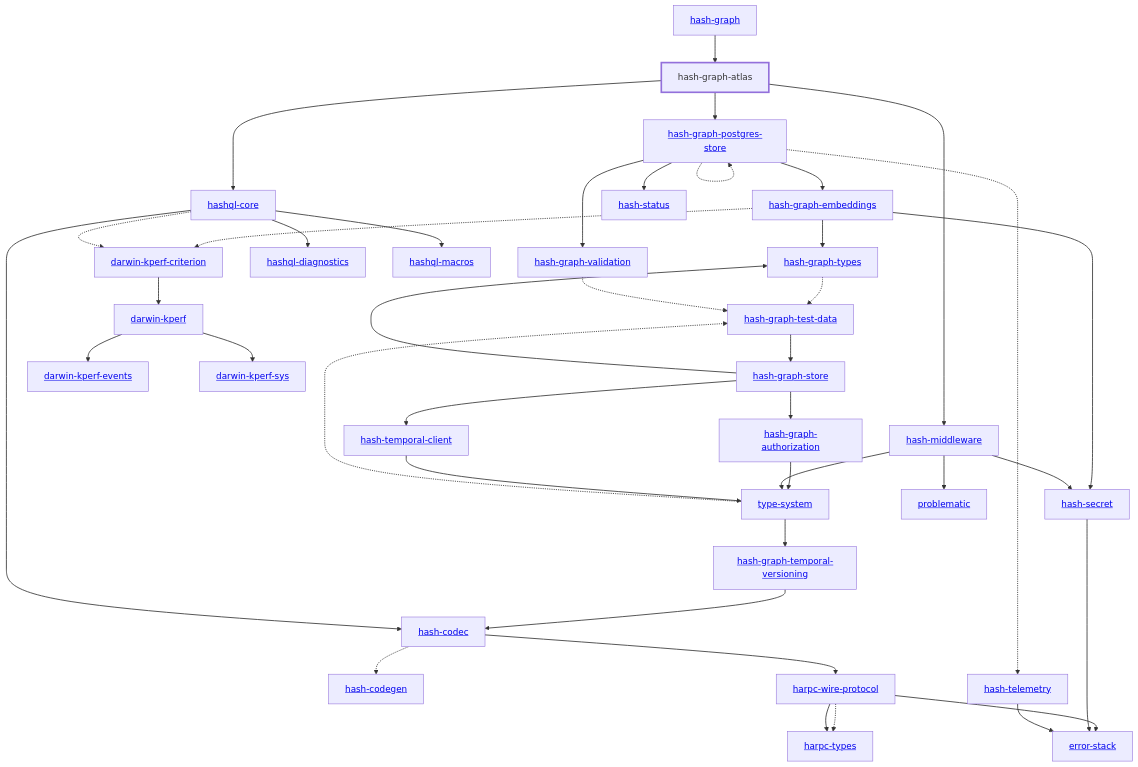
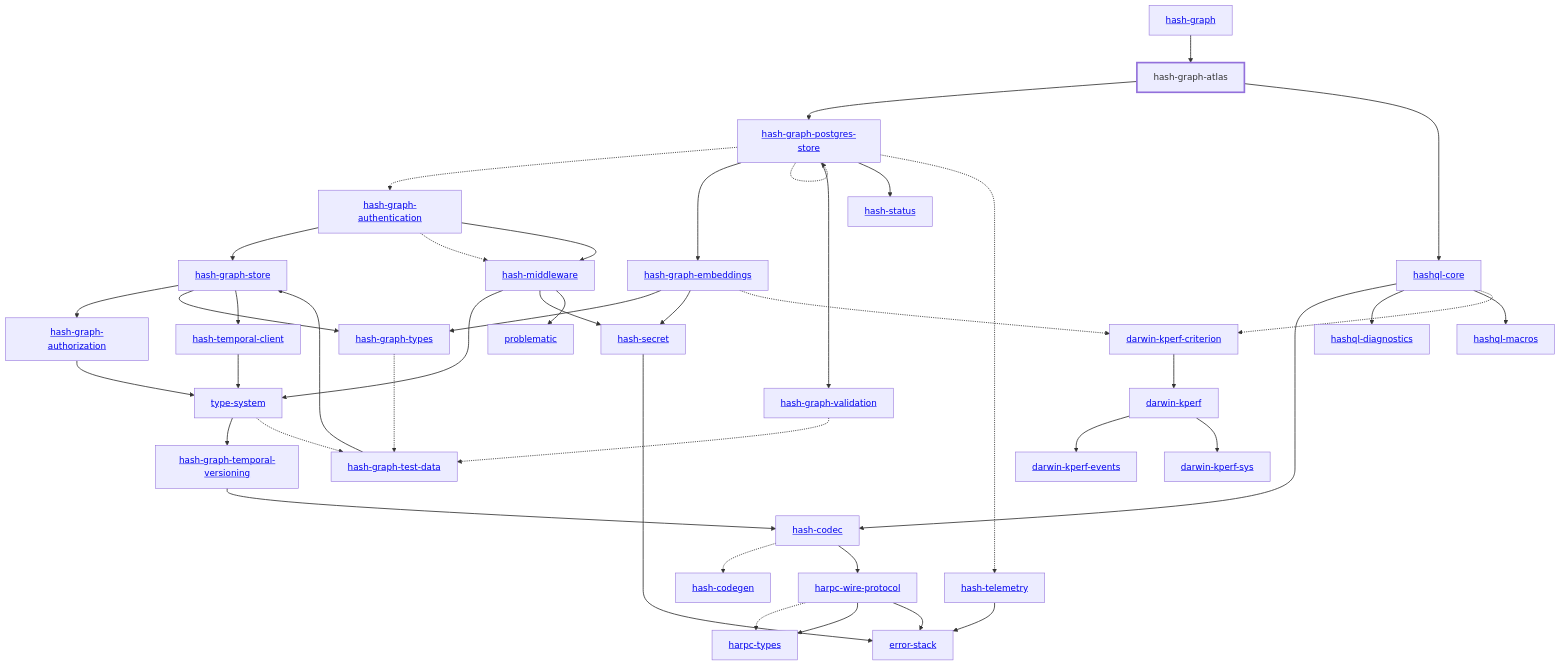
The diagram in libs/@local/graph/atlas/docs/dependency-diagram.mmd (hashintel/hash), drawn with Mermaid before and after one commit. The commit also changed 47 other files, not shown here.

Commit message:
Authenticate public Graph API requests with API tokens

```diff
--- a/libs/@local/graph/atlas/docs/dependency-diagram.mmd
+++ b/libs/@local/graph/atlas/docs/dependency-diagram.mmd
@@ -1,80 +1,84 @@
 graph TD
     linkStyle default stroke-width:1.5px
     classDef default stroke-width:1px
     classDef root stroke-width:3px
     classDef dev stroke-width:1px
     classDef build stroke-width:1px
     %% Legend
     %% --> : Normal dependency
     %% -.-> : Dev dependency
     %% ---> : Build dependency
     0[<a href="../hash_graph/index.html">hash-graph</a>]
     1[<a href="../type_system/index.html">type-system</a>]
     2[<a href="../hash_codec/index.html">hash-codec</a>]
     3[<a href="../hash_codegen/index.html">hash-codegen</a>]
     4[hash-graph-atlas]
     class 4 root
-    5[<a href="../hash_graph_authorization/index.html">hash-graph-authorization</a>]
-    6[<a href="../hash_graph_embeddings/index.html">hash-graph-embeddings</a>]
-    7[<a href="../hash_graph_postgres_store/index.html">hash-graph-postgres-store</a>]
-    8[<a href="../hash_graph_store/index.html">hash-graph-store</a>]
-    9[<a href="../hash_graph_temporal_versioning/index.html">hash-graph-temporal-versioning</a>]
-    10[<a href="../hash_graph_types/index.html">hash-graph-types</a>]
-    11[<a href="../hash_graph_validation/index.html">hash-graph-validation</a>]
-    12[<a href="../harpc_types/index.html">harpc-types</a>]
-    13[<a href="../harpc_wire_protocol/index.html">harpc-wire-protocol</a>]
-    14[<a href="../hashql_core/index.html">hashql-core</a>]
-    15[<a href="../hashql_diagnostics/index.html">hashql-diagnostics</a>]
-    16[<a href="../hashql_macros/index.html">hashql-macros</a>]
-    17[<a href="../hash_middleware/index.html">hash-middleware</a>]
-    18[<a href="../hash_secret/index.html">hash-secret</a>]
-    19[<a href="../hash_status/index.html">hash-status</a>]
-    20[<a href="../hash_telemetry/index.html">hash-telemetry</a>]
-    21[<a href="../hash_temporal_client/index.html">hash-temporal-client</a>]
-    22[<a href="../darwin_kperf/index.html">darwin-kperf</a>]
-    23[<a href="../darwin_kperf_criterion/index.html">darwin-kperf-criterion</a>]
-    24[<a href="../darwin_kperf_events/index.html">darwin-kperf-events</a>]
-    25[<a href="../darwin_kperf_sys/index.html">darwin-kperf-sys</a>]
-    26[<a href="../error_stack/index.html">error-stack</a>]
-    27[<a href="../problematic/index.html">problematic</a>]
-    28[<a href="../hash_graph_test_data/index.html">hash-graph-test-data</a>]
+    5[<a href="../hash_graph_authentication/index.html">hash-graph-authentication</a>]
+    6[<a href="../hash_graph_authorization/index.html">hash-graph-authorization</a>]
+    7[<a href="../hash_graph_embeddings/index.html">hash-graph-embeddings</a>]
+    8[<a href="../hash_graph_postgres_store/index.html">hash-graph-postgres-store</a>]
+    9[<a href="../hash_graph_store/index.html">hash-graph-store</a>]
+    10[<a href="../hash_graph_temporal_versioning/index.html">hash-graph-temporal-versioning</a>]
+    11[<a href="../hash_graph_types/index.html">hash-graph-types</a>]
+    12[<a href="../hash_graph_validation/index.html">hash-graph-validation</a>]
+    13[<a href="../harpc_types/index.html">harpc-types</a>]
+    14[<a href="../harpc_wire_protocol/index.html">harpc-wire-protocol</a>]
+    15[<a href="../hashql_core/index.html">hashql-core</a>]
+    16[<a href="../hashql_diagnostics/index.html">hashql-diagnostics</a>]
+    17[<a href="../hashql_macros/index.html">hashql-macros</a>]
+    18[<a href="../hash_middleware/index.html">hash-middleware</a>]
+    19[<a href="../hash_secret/index.html">hash-secret</a>]
+    20[<a href="../hash_status/index.html">hash-status</a>]
+    21[<a href="../hash_telemetry/index.html">hash-telemetry</a>]
+    22[<a href="../hash_temporal_client/index.html">hash-temporal-client</a>]
+    23[<a href="../darwin_kperf/index.html">darwin-kperf</a>]
+    24[<a href="../darwin_kperf_criterion/index.html">darwin-kperf-criterion</a>]
+    25[<a href="../darwin_kperf_events/index.html">darwin-kperf-events</a>]
+    26[<a href="../darwin_kperf_sys/index.html">darwin-kperf-sys</a>]
+    27[<a href="../error_stack/index.html">error-stack</a>]
+    28[<a href="../problematic/index.html">problematic</a>]
+    29[<a href="../hash_graph_test_data/index.html">hash-graph-test-data</a>]
     0 --> 4
-    1 --> 9
-    1 -.-> 28
+    1 --> 10
+    1 -.-> 29
     2 -.-> 3
-    2 --> 13
-    4 --> 7
-    4 --> 14
-    4 --> 17
-    5 --> 1
-    6 --> 10
-    6 --> 18
-    6 -.-> 23
-    7 --> 6
-    7 -.-> 7
+    2 --> 14
+    4 --> 8
+    4 --> 15
+    5 --> 9
+    5 -.-> 18
+    5 --> 18
+    6 --> 1
     7 --> 11
     7 --> 19
-    7 -.-> 20
-    8 --> 5
-    8 --> 10
-    8 --> 21
-    9 --> 2
-    10 -.-> 28
-    11 -.-> 28
-    13 -.-> 12
-    13 --> 12
-    13 --> 26
-    14 --> 2
-    14 --> 15
-    14 --> 16
-    14 -.-> 23
-    17 --> 1
-    17 --> 18
-    17 --> 27
-    18 --> 26
-    20 --> 26
-    21 --> 1
-    22 --> 24
-    22 --> 25
-    23 --> 22
-    28 --> 8
+    7 -.-> 24
+    8 -.-> 5
+    8 --> 7
+    8 -.-> 8
+    8 --> 12
+    8 --> 20
+    8 -.-> 21
+    9 --> 6
+    9 --> 11
+    9 --> 22
+    10 --> 2
+    11 -.-> 29
+    12 -.-> 29
+    14 -.-> 13
+    14 --> 13
+    14 --> 27
+    15 --> 2
+    15 --> 16
+    15 --> 17
+    15 -.-> 24
+    18 --> 1
+    18 --> 19
+    18 --> 28
+    19 --> 27
+    21 --> 27
+    22 --> 1
+    23 --> 25
+    23 --> 26
+    24 --> 23
+    29 --> 9
```
